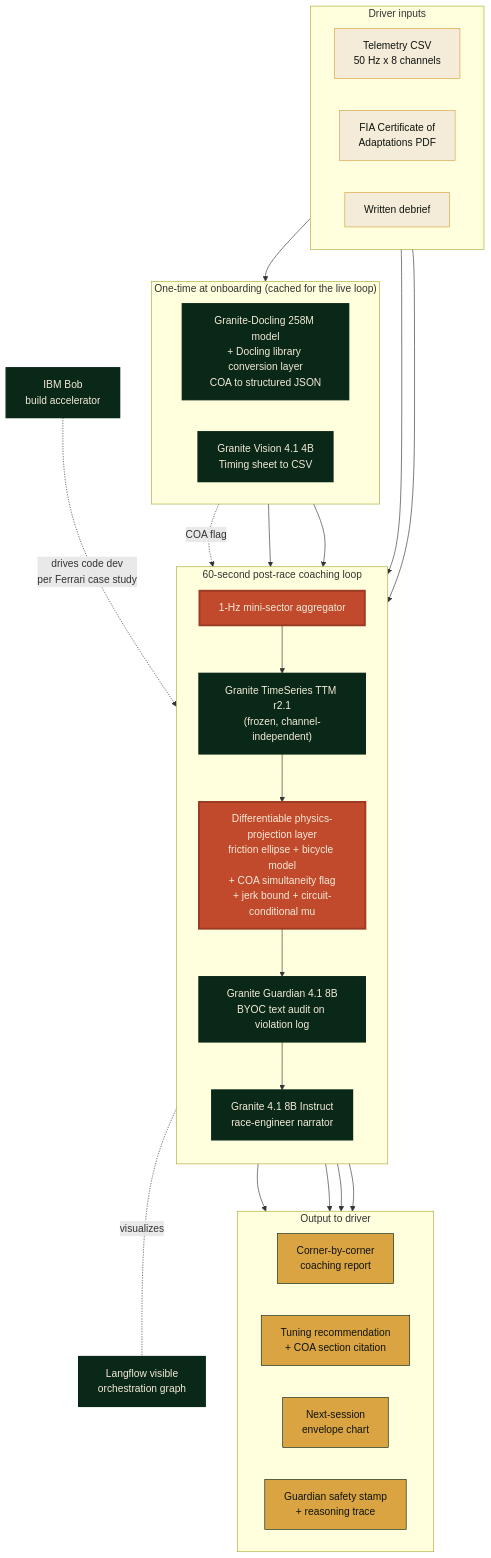
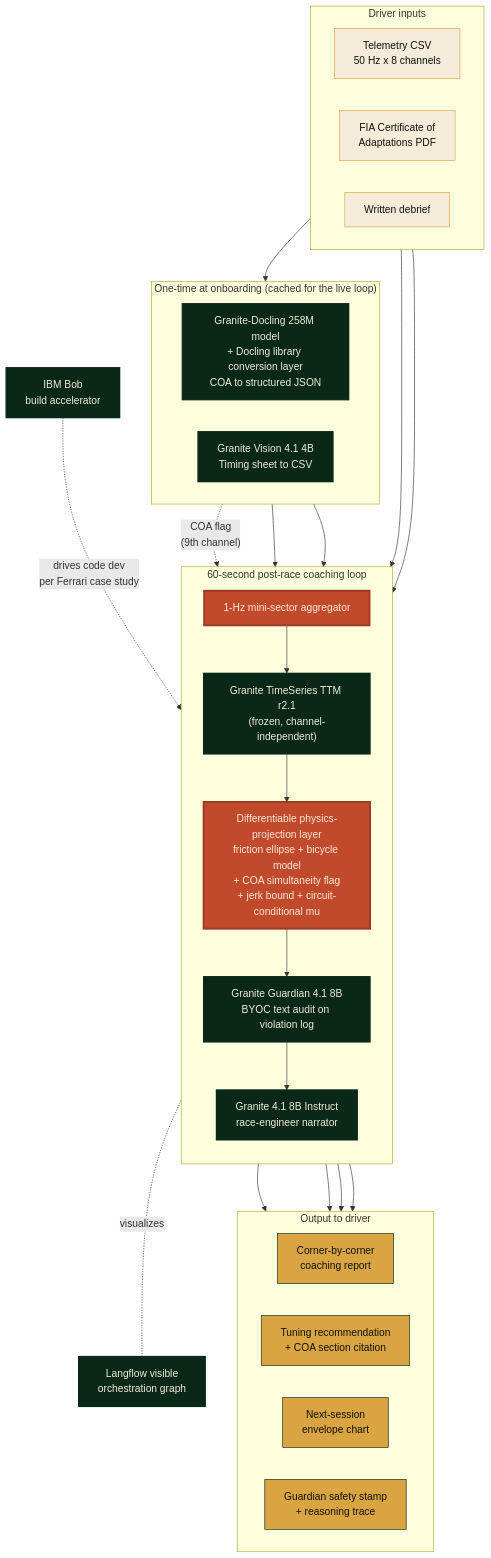
Before and after one commit to StephenSook/apex: the diagram in docs/architecture-diagram.mmd, drawn with Mermaid. The commit also changed 2 other files, not shown here.

Commit message:
fix(arch): COA flag flows through aggregator as 9th channel (Gemini BLOCKER B1)
Diagram had COA flag going Docling → PROJ directly. Architecture-spec.md L67-68 + app/shared/types.ts L84 say the COA simultaneity bit is the 9th channel of the 1-Hz aggregator output tensor, processed through TTM. Updated Mermaid edge to Docling → AGG (as "COA flag (9th channel)") so all three surfaces tell the same story. Re-rendered PNG + SVG.

```diff
--- a/docs/architecture-diagram.mmd
+++ b/docs/architecture-diagram.mmd
@@ -1,61 +1,61 @@
 flowchart TB
     subgraph In["Driver inputs"]
         direction LR
         TEL["Telemetry CSV<br/>50 Hz x 8 channels"]
         COA["FIA Certificate of<br/>Adaptations PDF"]
         DBR["Written debrief"]
     end
 
     subgraph OB["One-time at onboarding (cached for the live loop)"]
         direction LR
         DOCLING["Granite-Docling 258M model<br/>+ Docling library conversion layer<br/>COA to structured JSON"]
         VISION["Granite Vision 4.1 4B<br/>Timing sheet to CSV"]
     end
 
     subgraph LL["60-second post-race coaching loop"]
         direction TB
         AGG["1-Hz mini-sector aggregator"]
         TTM["Granite TimeSeries TTM r2.1<br/>(frozen, channel-independent)"]
         PROJ["Differentiable physics-projection layer<br/>friction ellipse + bicycle model<br/>+ COA simultaneity flag<br/>+ jerk bound + circuit-conditional mu"]
         GUARD["Granite Guardian 4.1 8B<br/>BYOC text audit on violation log"]
         INSTR["Granite 4.1 8B Instruct<br/>race-engineer narrator"]
     end
 
     subgraph Out["Output to driver"]
         direction LR
         REPORT["Corner-by-corner<br/>coaching report"]
         TUNE["Tuning recommendation<br/>+ COA section citation"]
         FCST["Next-session<br/>envelope chart"]
         STAMP["Guardian safety stamp<br/>+ reasoning trace"]
     end
 
     TEL --> AGG
     COA --> DOCLING
+    DOCLING -. "COA flag<br/>(9th channel)" .-> AGG
     AGG --> TTM
-    DOCLING -. COA flag .-> PROJ
     TTM --> PROJ
     PROJ --> GUARD
     DBR --> INSTR
     GUARD --> INSTR
     DOCLING --> INSTR
     VISION --> INSTR
     INSTR --> REPORT
     INSTR --> TUNE
     PROJ --> FCST
     GUARD --> STAMP
 
     LF["Langflow visible<br/>orchestration graph"]
     LL -. visualizes .- LF
 
     BOB["IBM Bob<br/>build accelerator"]
     BOB -.->|drives code dev<br/>per Ferrari case study| LL
 
     classDef ibm fill:#0A2818,stroke:#0A2818,stroke-width:2px,color:#F4EBD8
     classDef physics fill:#C1492C,stroke:#9C3A23,stroke-width:3px,color:#F4EBD8
     classDef input fill:#F4EBD8,stroke:#D9A441,stroke-width:1px,color:#0F1410
     classDef output fill:#D9A441,stroke:#0A2818,color:#0F1410
 
     class TEL,COA,DBR input
     class REPORT,TUNE,FCST,STAMP output
     class DOCLING,VISION,TTM,GUARD,INSTR,LF,BOB ibm
     class PROJ,AGG physics
```
